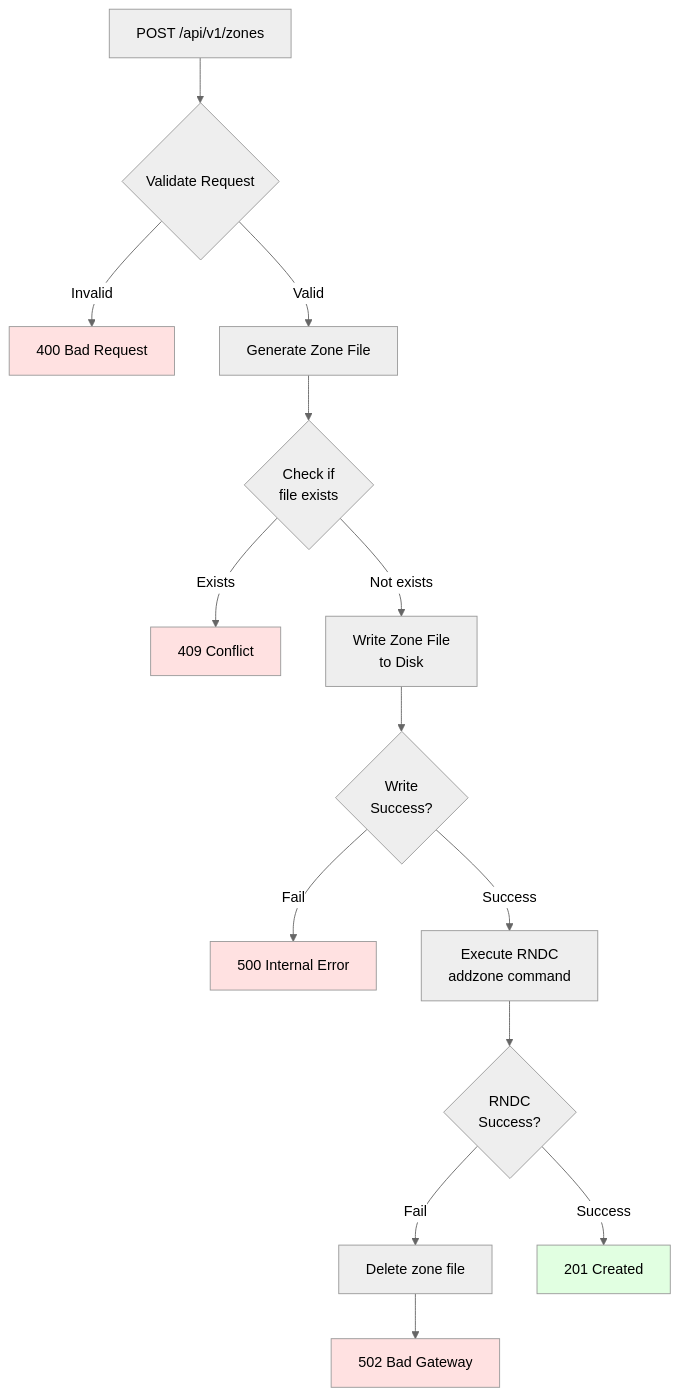
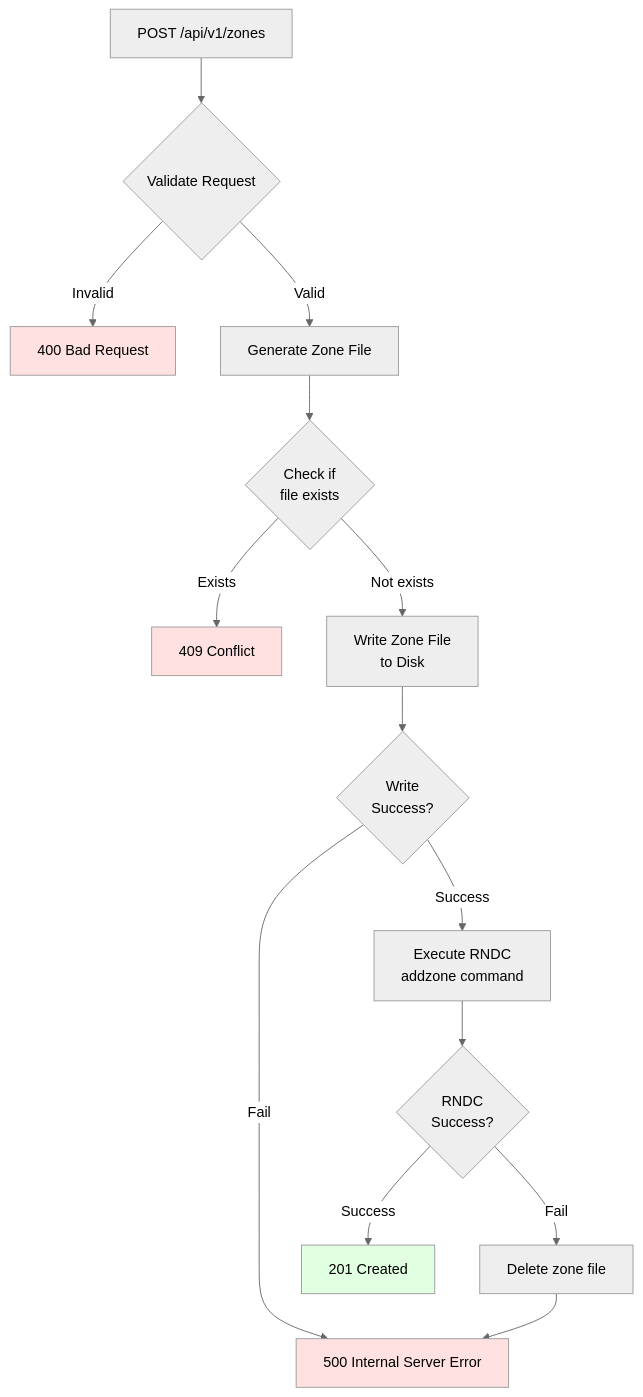
One commit to firestoned/bindcar changed the third of 3 diagrams in docs/src/developer-guide/rndc-integration.md. Above: the diagram before and after it, drawn with Mermaid (neutral theme). The commit also changed other lines of this file and 27 other files, not shown here.

````diff
--- a/docs/src/developer-guide/rndc-integration.md
+++ b/docs/src/developer-guide/rndc-integration.md
@@ -253,26 +253,26 @@
 ```mermaid
 flowchart TD
     Start[POST /api/v1/zones] --> Validate{Validate Request}
 
     Validate -->|Invalid| Error400[400 Bad Request]
     Validate -->|Valid| GenFile[Generate Zone File]
 
     GenFile --> CheckExists{Check if<br/>file exists}
     CheckExists -->|Exists| Error409[409 Conflict]
     CheckExists -->|Not exists| WriteFile[Write Zone File<br/>to Disk]
 
     WriteFile --> WriteSuccess{Write<br/>Success?}
     WriteSuccess -->|Fail| Error500[500 Internal Error]
     WriteSuccess -->|Success| ExecRNDC[Execute RNDC<br/>addzone command]
 
     ExecRNDC --> RNDCSuccess{RNDC<br/>Success?}
     RNDCSuccess -->|Fail| Cleanup[Delete zone file]
-    Cleanup --> Error502[502 Bad Gateway]
+    Cleanup --> Error500[500 Internal Server Error]
     RNDCSuccess -->|Success| Success201[201 Created]
 
     style Error400 fill:#ffe1e1
     style Error409 fill:#ffe1e1
     style Error500 fill:#ffe1e1
-    style Error502 fill:#ffe1e1
+    style Error500 fill:#ffe1e1
     style Success201 fill:#e1ffe1
 ```
````
